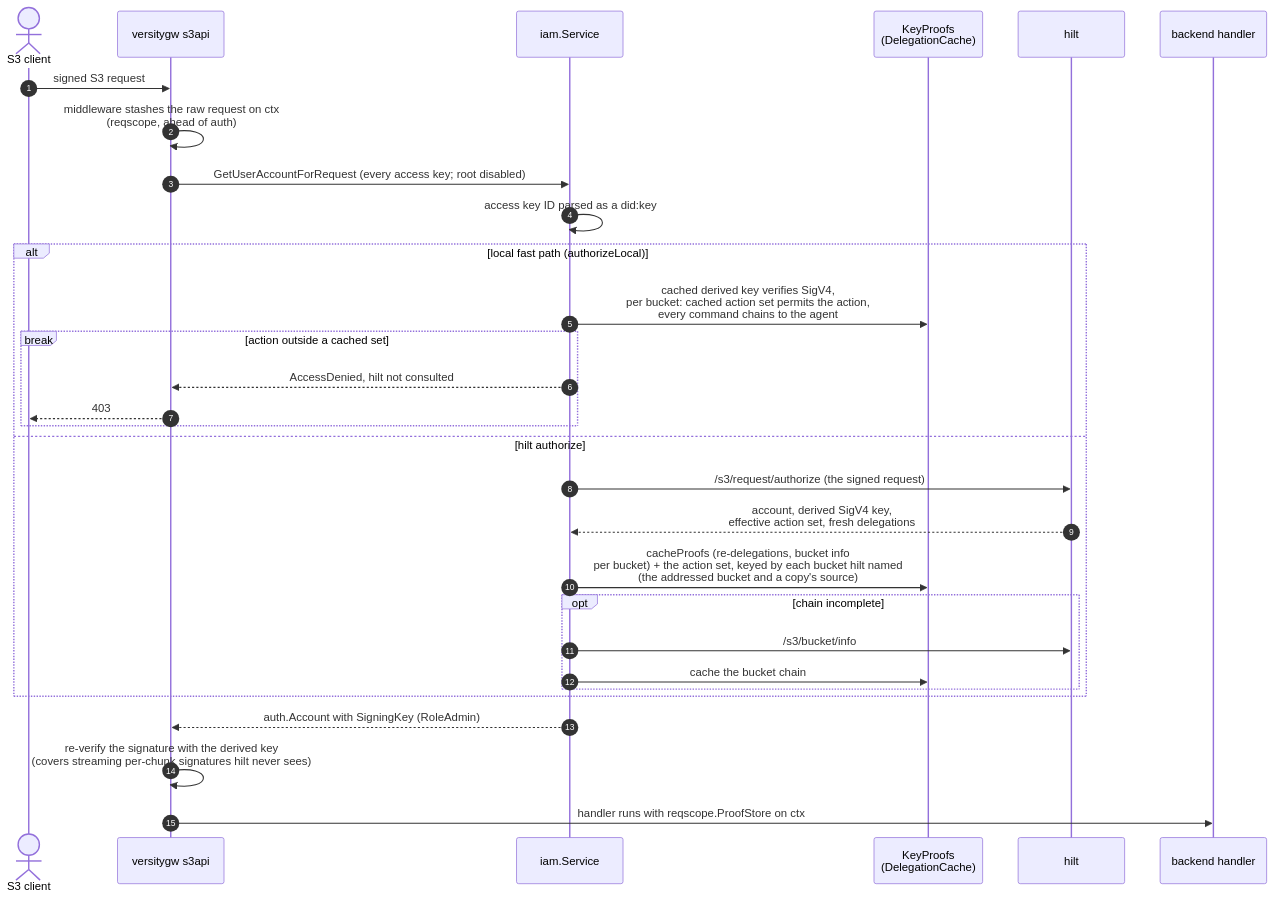
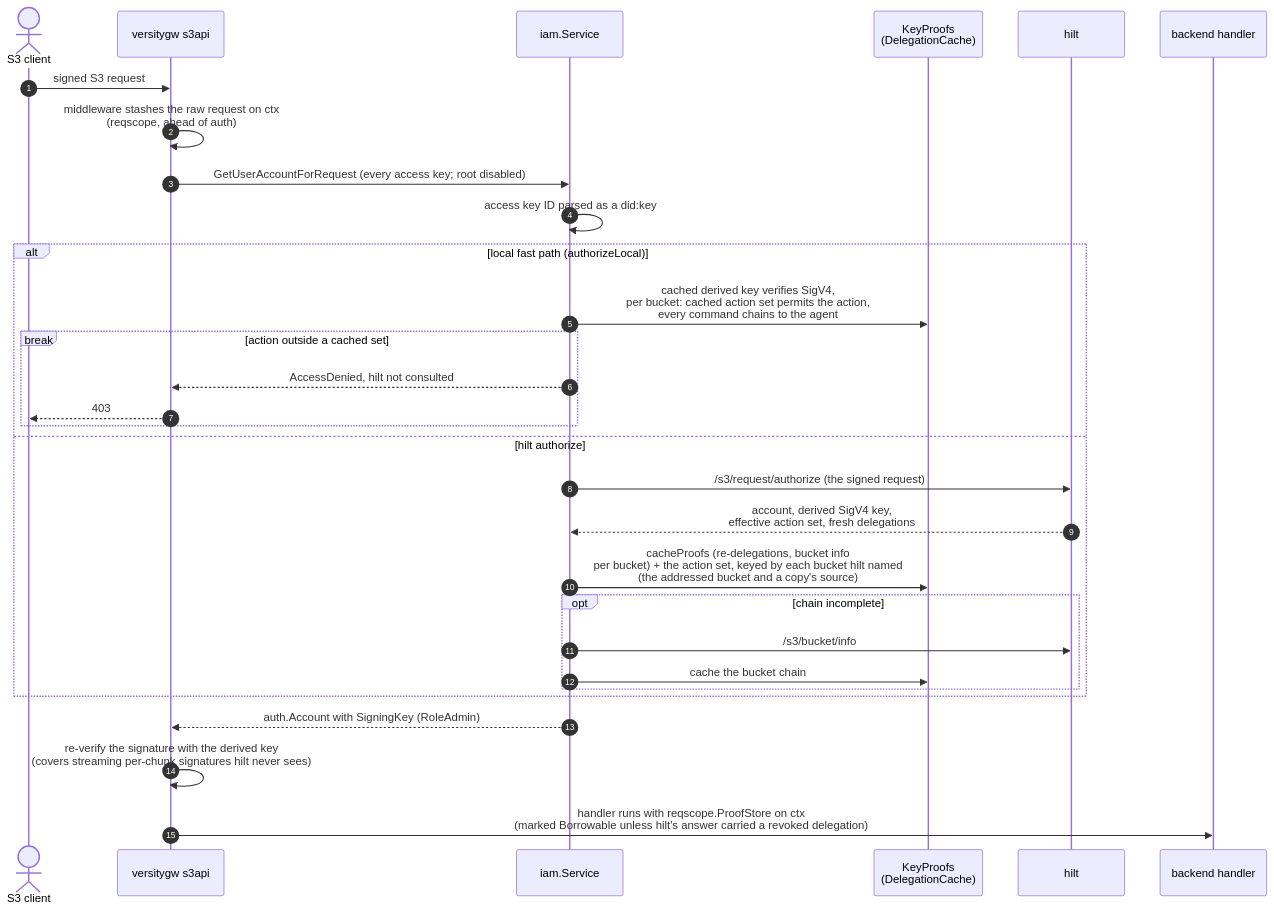
Before and after one commit to fil-forge/ingot: diagram 12 of 14 in docs/diagrams.md, drawn with Mermaid. The commit also changed other lines of this file and 30 other files, not shown here.

````diff
--- a/docs/diagrams.md
+++ b/docs/diagrams.md
@@ -864,33 +879,33 @@
 ```mermaid
 sequenceDiagram
     autonumber
     actor C as S3 client
     participant G as versitygw s3api
     participant I as iam.Service
     participant K as KeyProofs<br/>(DelegationCache)
     participant H as hilt
     participant B as backend handler
 
     C->>G: signed S3 request
     G->>G: middleware stashes the raw request on ctx<br/>(reqscope, ahead of auth)
     G->>I: GetUserAccountForRequest (every access key#59; root disabled)
     I->>I: access key ID parsed as a did:key
     alt local fast path (authorizeLocal)
         I->>K: cached derived key verifies SigV4,<br/>per bucket: cached action set permits the action,<br/>every command chains to the agent
         break action outside a cached set
             I-->>G: AccessDenied, hilt not consulted
             G-->>C: 403
         end
     else hilt authorize
         I->>H: /s3/request/authorize (the signed request)
         H-->>I: account, derived SigV4 key,<br/>effective action set, fresh delegations
         I->>K: cacheProofs (re-delegations, bucket info<br/>per bucket) + the action set, keyed by each bucket hilt named<br/>(the addressed bucket and a copy's source)
         opt chain incomplete
             I->>H: /s3/bucket/info
             I->>K: cache the bucket chain
         end
     end
     I-->>G: auth.Account with SigningKey (RoleAdmin)
     G->>G: re-verify the signature with the derived key<br/>(covers streaming per-chunk signatures hilt never sees)
-    G->>B: handler runs with reqscope.ProofStore on ctx
+    G->>B: handler runs with reqscope.ProofStore on ctx<br/>(marked Borrowable unless hilt's answer carried a revoked delegation)
 ```
````
